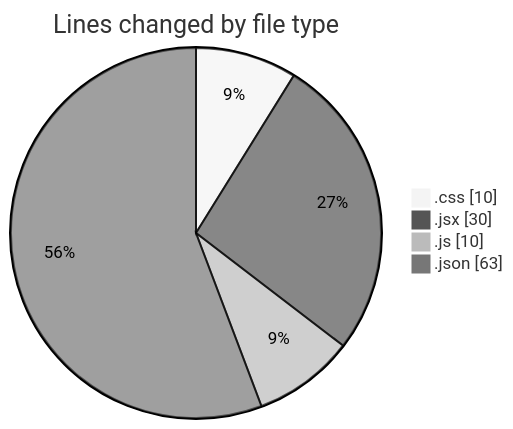
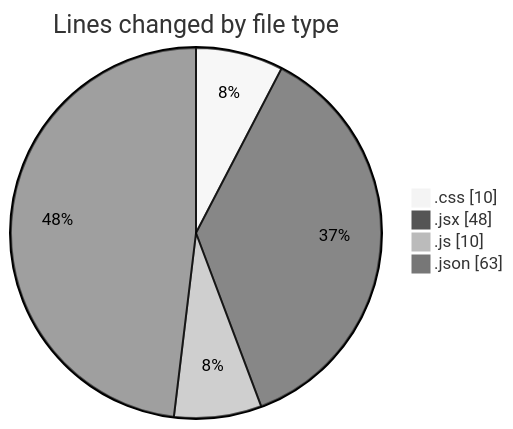
One commit to Elitesun/code-tracking changed the first of 2 diagrams in 2025-02-05/react/README.md. Above: the diagram before and after it, drawn with Mermaid (neutral theme). The commit also changed other lines of this file and 1 other file, not shown here.

````diff
--- a/2025-02-05/react/README.md
+++ b/2025-02-05/react/README.md
@@ -24,8 +26,8 @@
 ```mermaid
 pie showData
 title Lines changed by file type
 ".css" : 10
-".jsx" : 30
+".jsx" : 48
 ".js" : 10
 ".json" : 63
 ```
````
